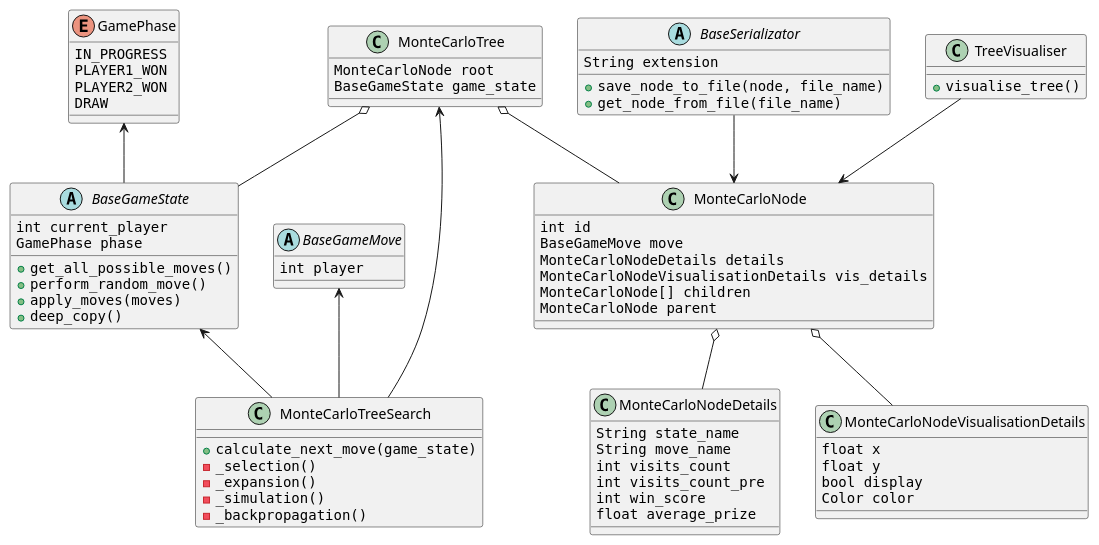
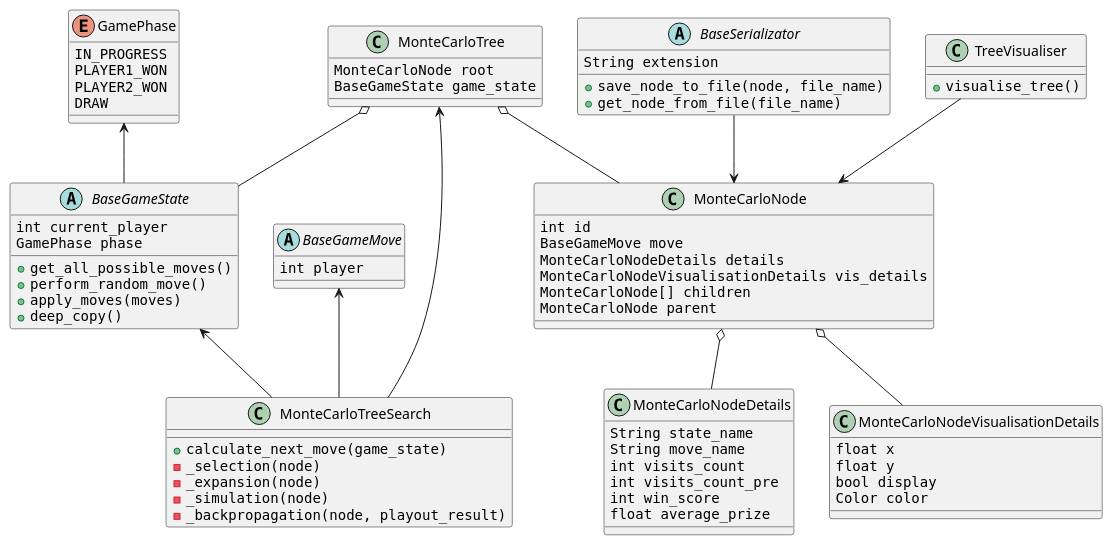
The diagram in doc/projekt-zespolowy-02/diagramy/umldiagram.wsd (patrykf-dev/uct-visualisation-thesis), drawn with PlantUML before and after one commit. The commit also changed 3 other files, not shown here.

Commit message:
Fix uml and its description

```diff
--- a/doc/projekt-zespolowy-02/diagramy/umldiagram.wsd
+++ b/doc/projekt-zespolowy-02/diagramy/umldiagram.wsd
@@ -1,85 +1,85 @@
 @startuml
 enum GamePhase {
     ""IN_PROGRESS""
     ""PLAYER1_WON""
     ""PLAYER2_WON""
     ""DRAW""
 }
 
 
 class MonteCarloTreeSearch {
     {method} + ""calculate_next_move(game_state)""
-    {method} - ""_selection()""
-    {method} - ""_expansion()""
-    {method} - ""_simulation()""
-    {method} - ""_backpropagation()""
+    {method} - ""_selection(node)""
+    {method} - ""_expansion(node)""
+    {method} - ""_simulation(node)""
+    {method} - ""_backpropagation(node, playout_result)""
 }
 
 abstract class BaseGameMove {
     {field} ""int player""
 }
 
 abstract class BaseGameState {
     {field} ""int current_player""
     {field} ""GamePhase phase""
     {method} + ""get_all_possible_moves()""
     {method} + ""perform_random_move()""
     {method} + ""apply_moves(moves)""
     {method} + ""deep_copy()""
 }
 
 class MonteCarloTree {
     {field} ""MonteCarloNode root""
     {field} ""BaseGameState game_state""
 }
 
 class MonteCarloNode {
     {field} ""int id""
     {field} ""BaseGameMove move""
     {field} ""MonteCarloNodeDetails details""
     {field} ""MonteCarloNodeVisualisationDetails vis_details""
     {field} ""MonteCarloNode[] children""
     {field} ""MonteCarloNode parent""
 }
 
 
 class MonteCarloNodeDetails {
     {field} ""String state_name""
     {field} ""String move_name""
     {field} ""int visits_count""
     {field} ""int visits_count_pre""
     {field} ""int win_score""
     {field} ""float average_prize""
 }
 
 class MonteCarloNodeVisualisationDetails {
     {field} ""float x""
     {field} ""float y""
     {field} ""bool display""
     {field} ""Color color""
 }
 
 abstract class BaseSerializator {
     {field} ""String extension""
     {method} + ""save_node_to_file(node, file_name)""
     {method} + ""get_node_from_file(file_name)""
 }
 
 class TreeVisualiser {
   {method} + ""visualise_tree()""
 }
 
 
 MonteCarloTree o-- BaseGameState
 MonteCarloTree o-- MonteCarloNode
 MonteCarloNode o-- MonteCarloNodeDetails
 MonteCarloNode o-- MonteCarloNodeVisualisationDetails
 
 
 TreeVisualiser --> MonteCarloNode
 BaseSerializator --> MonteCarloNode
 MonteCarloTree <-- MonteCarloTreeSearch 
 BaseGameState <-- MonteCarloTreeSearch
 GamePhase <-- BaseGameState
 BaseGameMove <-- MonteCarloTreeSearch
 @enduml
```
